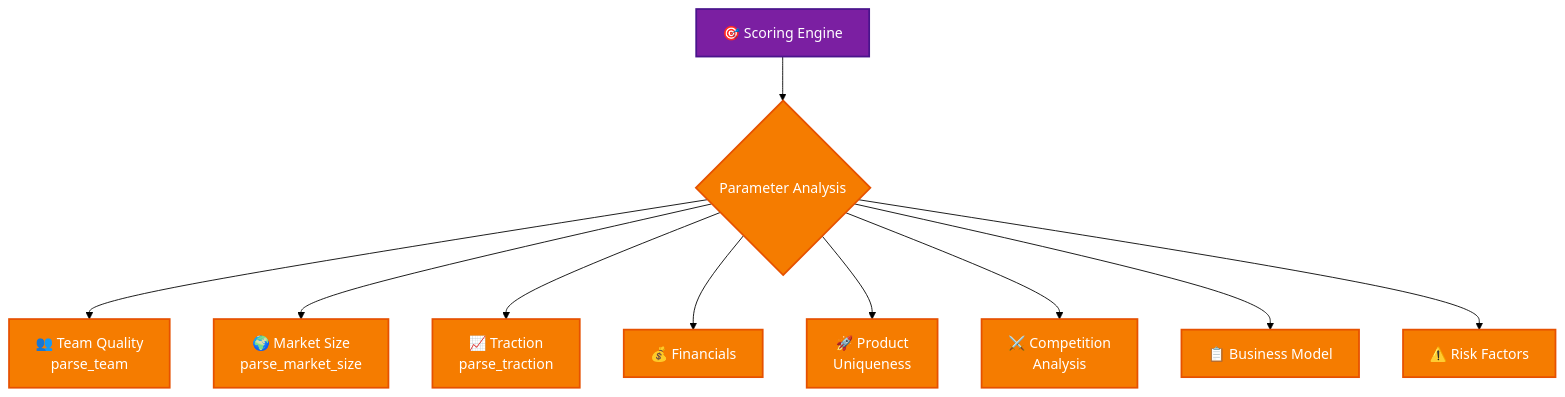
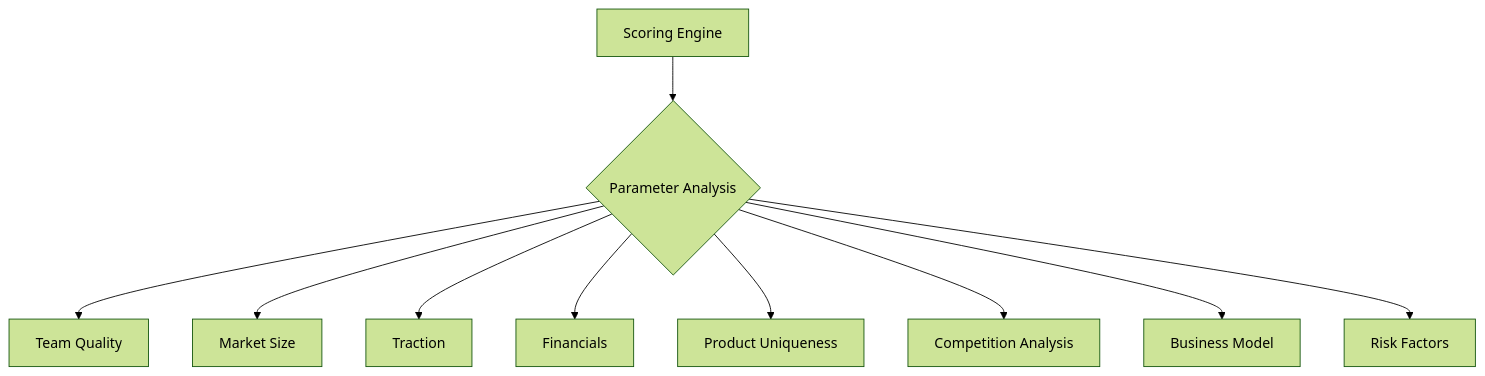
Before and after one commit to Pooja-Vishnoi/GenAI_Hackathon: the fourth of 9 diagrams in README.md, drawn with Mermaid (forest theme). The commit also changed other lines of this file, not shown here.

Commit message:
GitHub-Compatible Mermaid Fixes

````diff
--- a/README.md
+++ b/README.md
@@ -94,24 +80,13 @@
 ```mermaid
 graph TB
-    SC[🎯 Scoring Engine] --> PARAMS{Parameter Analysis}
+    SC[Scoring Engine] --> PARAMS{Parameter Analysis}
     
-    PARAMS --> TS[👥 Team Quality<br/>parse_team]
-    PARAMS --> MS[🌍 Market Size<br/>parse_market_size]
-    PARAMS --> TR[📈 Traction<br/>parse_traction]
-    PARAMS --> FS[💰 Financials]
-    PARAMS --> PS[🚀 Product<br/>Uniqueness]
-    PARAMS --> CS[⚔️ Competition<br/>Analysis]
-    PARAMS --> BS[📋 Business Model]
-    PARAMS --> RS[⚠️ Risk Factors]
-    
-    style SC fill:#7b1fa2,color:#ffffff,stroke:#4a148c,stroke-width:2px
-    style PARAMS fill:#f57c00,color:#ffffff,stroke:#e65100,stroke-width:2px
-    style TS fill:#f57c00,color:#ffffff,stroke:#e65100,stroke-width:2px
-    style MS fill:#f57c00,color:#ffffff,stroke:#e65100,stroke-width:2px
-    style TR fill:#f57c00,color:#ffffff,stroke:#e65100,stroke-width:2px
-    style FS fill:#f57c00,color:#ffffff,stroke:#e65100,stroke-width:2px
-    style PS fill:#f57c00,color:#ffffff,stroke:#e65100,stroke-width:2px
-    style CS fill:#f57c00,color:#ffffff,stroke:#e65100,stroke-width:2px
-    style BS fill:#f57c00,color:#ffffff,stroke:#e65100,stroke-width:2px
-    style RS fill:#f57c00,color:#ffffff,stroke:#e65100,stroke-width:2px
+    PARAMS --> TS[Team Quality]
+    PARAMS --> MS[Market Size]
+    PARAMS --> TR[Traction]
+    PARAMS --> FS[Financials]
+    PARAMS --> PS[Product Uniqueness]
+    PARAMS --> CS[Competition Analysis]
+    PARAMS --> BS[Business Model]
+    PARAMS --> RS[Risk Factors]
 ```
````
